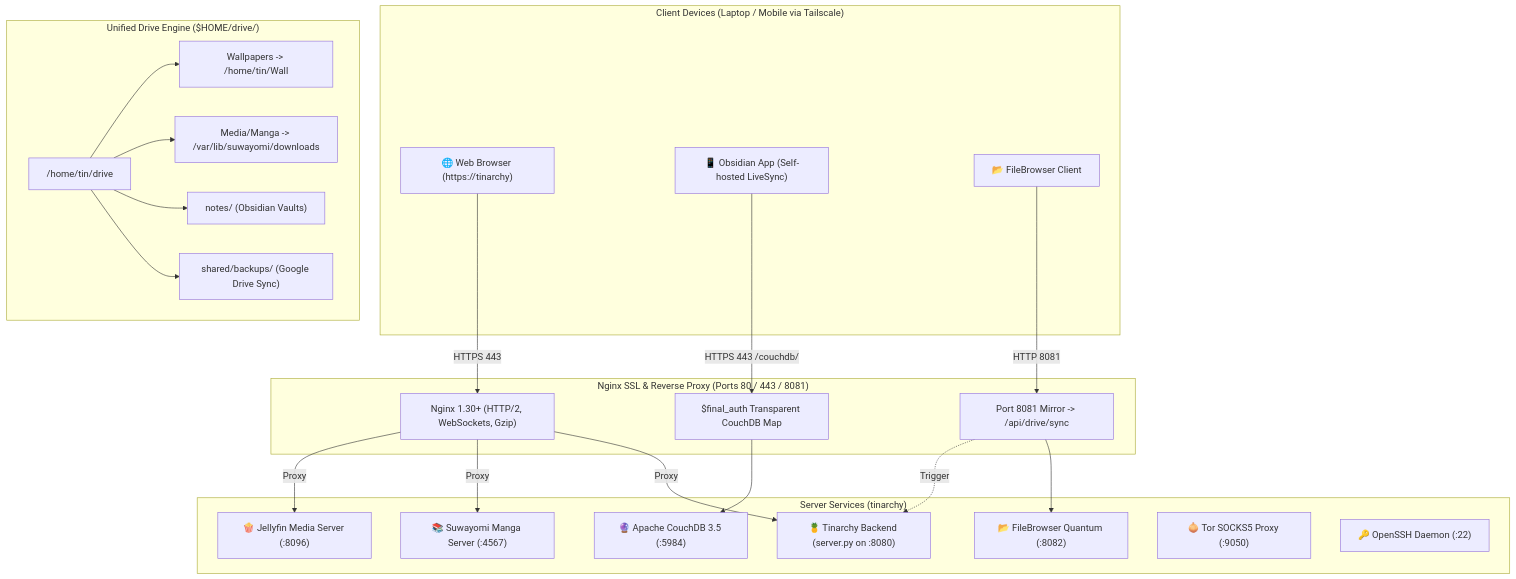
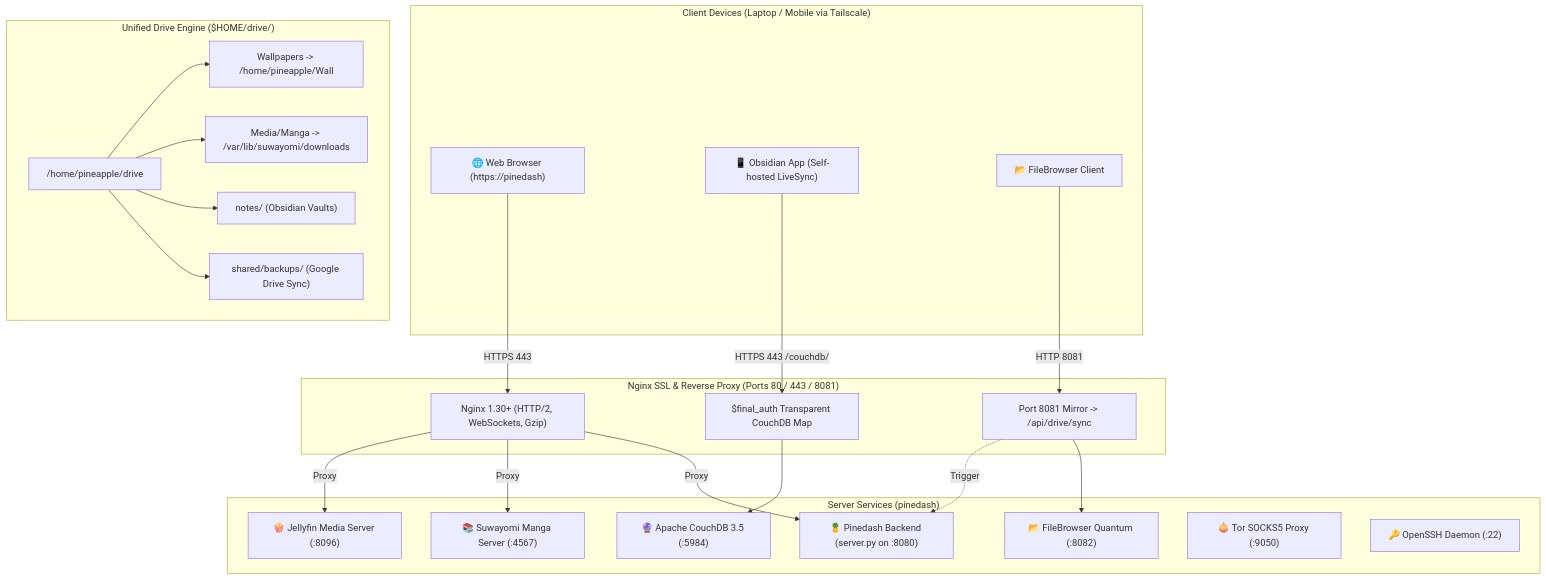
The diagram in README.md (T1n777/Tinarchy), drawn with Mermaid before and after one commit. The commit also changed other lines of this file and 14 other files, not shown here.

Commit message:
feat(branding): Complete rebranding from Tinarchy to Pinedash across all components

````diff
--- a/README.md
+++ b/README.md
@@ -56,46 +56,46 @@
 ```mermaid
 flowchart TD
     subgraph Client ["Client Devices (Laptop / Mobile via Tailscale)"]
-        Browser["🌐 Web Browser (https://tinarchy)"]
+        Browser["🌐 Web Browser (https://pinedash)"]
         ObsidianApp["📱 Obsidian App (Self-hosted LiveSync)"]
         FileApp["📂 FileBrowser Client"]
     end
 
     subgraph NginxProxy ["Nginx SSL & Reverse Proxy (Ports 80 / 443 / 8081)"]
         NginxCore["Nginx 1.30+ (HTTP/2, WebSockets, Gzip)"]
         AuthMap["$final_auth Transparent CouchDB Map"]
         SyncMirror["Port 8081 Mirror -> /api/drive/sync"]
     end
 
-    subgraph BackendServices ["Server Services (tinarchy)"]
-        PyDash["🍍 Tinarchy Backend (server.py on :8080)"]
+    subgraph BackendServices ["Server Services (pinedash)"]
+        PyDash["🍍 Pinedash Backend (server.py on :8080)"]
         CouchDB["🔮 Apache CouchDB 3.5 (:5984)"]
         FileBrowser["📂 FileBrowser Quantum (:8082)"]
         Suwayomi["📚 Suwayomi Manga Server (:4567)"]
         Jellyfin["🍿 Jellyfin Media Server (:8096)"]
         Tor["🧅 Tor SOCKS5 Proxy (:9050)"]
         SSHD["🔑 OpenSSH Daemon (:22)"]
     end
 
     subgraph Storage ["Unified Drive Engine ($HOME/drive/)"]
-        DriveRoot["/home/tin/drive"]
-        Wallpapers["Wallpapers -> /home/tin/Wall"]
+        DriveRoot["/home/pineapple/drive"]
+        Wallpapers["Wallpapers -> /home/pineapple/Wall"]
         Manga["Media/Manga -> /var/lib/suwayomi/downloads"]
         Notes["notes/ (Obsidian Vaults)"]
         Backups["shared/backups/ (Google Drive Sync)"]
     end
 
     Browser -->|HTTPS 443| NginxCore
     ObsidianApp -->|HTTPS 443 /couchdb/| AuthMap --> CouchDB
     FileApp -->|HTTP 8081| SyncMirror --> FileBrowser
     SyncMirror -.->|Trigger| PyDash
 
     NginxCore -->|Proxy| PyDash
     NginxCore -->|Proxy| Suwayomi
     NginxCore -->|Proxy| Jellyfin
 
     DriveRoot --> Wallpapers
     DriveRoot --> Manga
     DriveRoot --> Notes
     DriveRoot --> Backups
 ```
````
